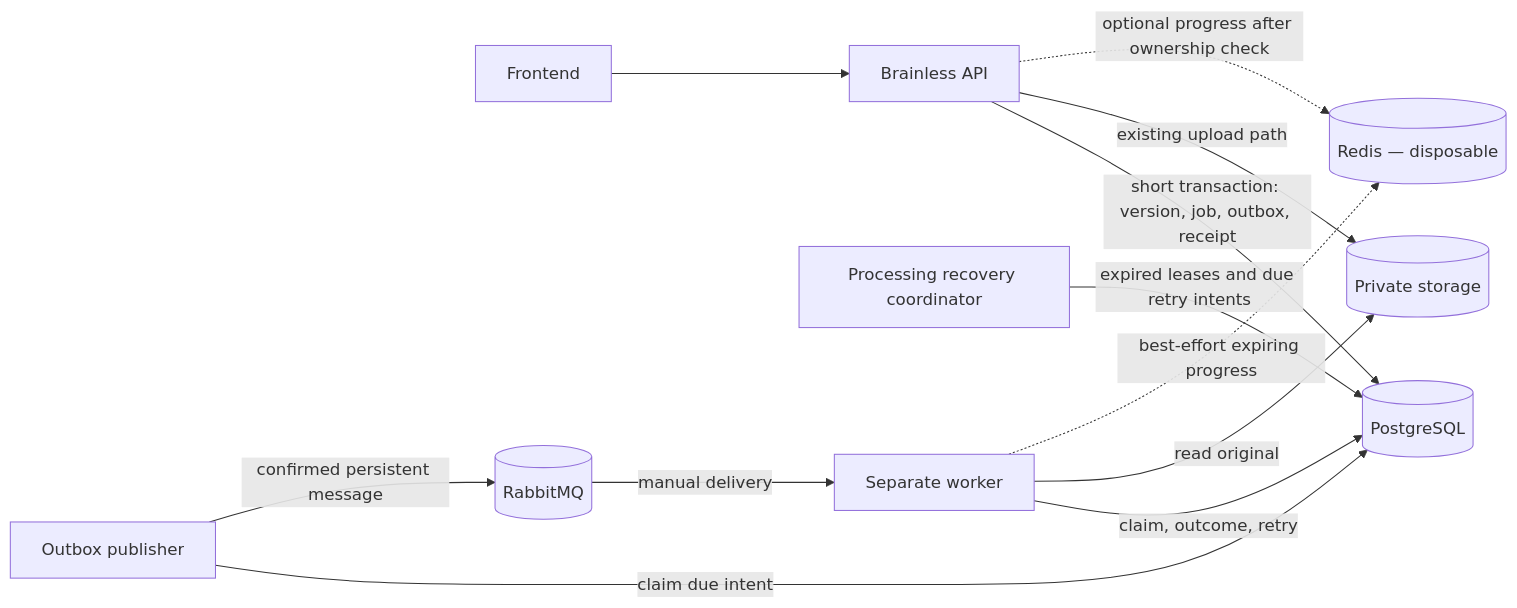
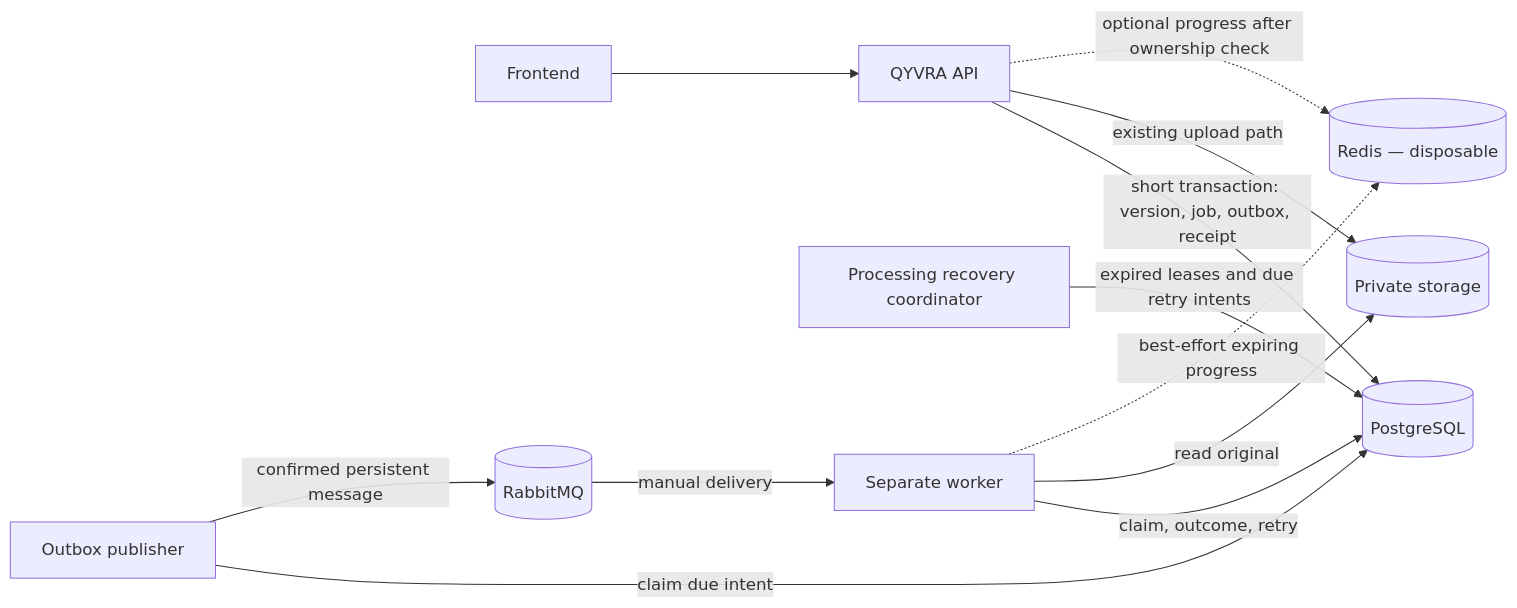
One commit to Eqooid/qyvra changed the diagram in docs/phase-3-processing.md. Above: the diagram before and after it, drawn with Mermaid. The commit also changed other lines of this file and 121 other files, not shown here.

````diff
--- a/docs/phase-3-processing.md
+++ b/docs/phase-3-processing.md
@@ -53,14 +53,14 @@
 ```mermaid
 flowchart LR
-    UI[Frontend] --> API[Brainless API]
+    UI[Frontend] --> API[QYVRA API]
     API -->|short transaction: version, job, outbox, receipt| PG[(PostgreSQL)]
     API -->|existing upload path| Files[(Private storage)]
     Relay[Outbox publisher] -->|claim due intent| PG
     Relay -->|confirmed persistent message| MQ[(RabbitMQ)]
     Recovery[Processing recovery coordinator] -->|expired leases and due retry intents| PG
     MQ -->|manual delivery| Worker[Separate worker]
     Worker -->|claim, outcome, retry| PG
     Worker -->|read original| Files
     Worker -.->|best-effort expiring progress| Redis[(Redis — disposable)]
     API -.->|optional progress after ownership check| Redis
 ```
````
